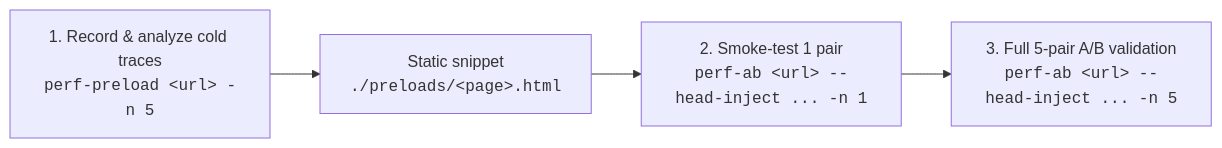
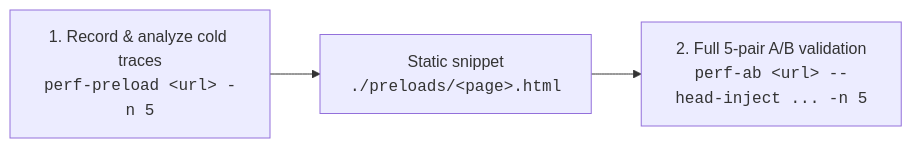
One commit to adobecom/perf-tools changed the first of 2 diagrams in README.md. Above: the diagram before and after it, drawn with Mermaid. The commit also changed other lines of this file and 25 other files, not shown here.

````diff
--- a/README.md
+++ b/README.md
@@ -129,6 +189,5 @@
 ```mermaid
 flowchart LR
   A["1. Record & analyze cold traces<br/><code>perf-preload &lt;url&gt; -n 5</code>"] --> B["Static snippet<br/><code>./preloads/&lt;page&gt;.html</code>"]
-  B --> C["2. Smoke-test 1 pair<br/><code>perf-ab &lt;url&gt; --head-inject ... -n 1</code>"]
-  C --> D["3. Full 5-pair A/B validation<br/><code>perf-ab &lt;url&gt; --head-inject ... -n 5</code>"]
+  B --> C["2. Full 5-pair A/B validation<br/><code>perf-ab &lt;url&gt; --head-inject ... -n 5</code>"]
 ```
````
